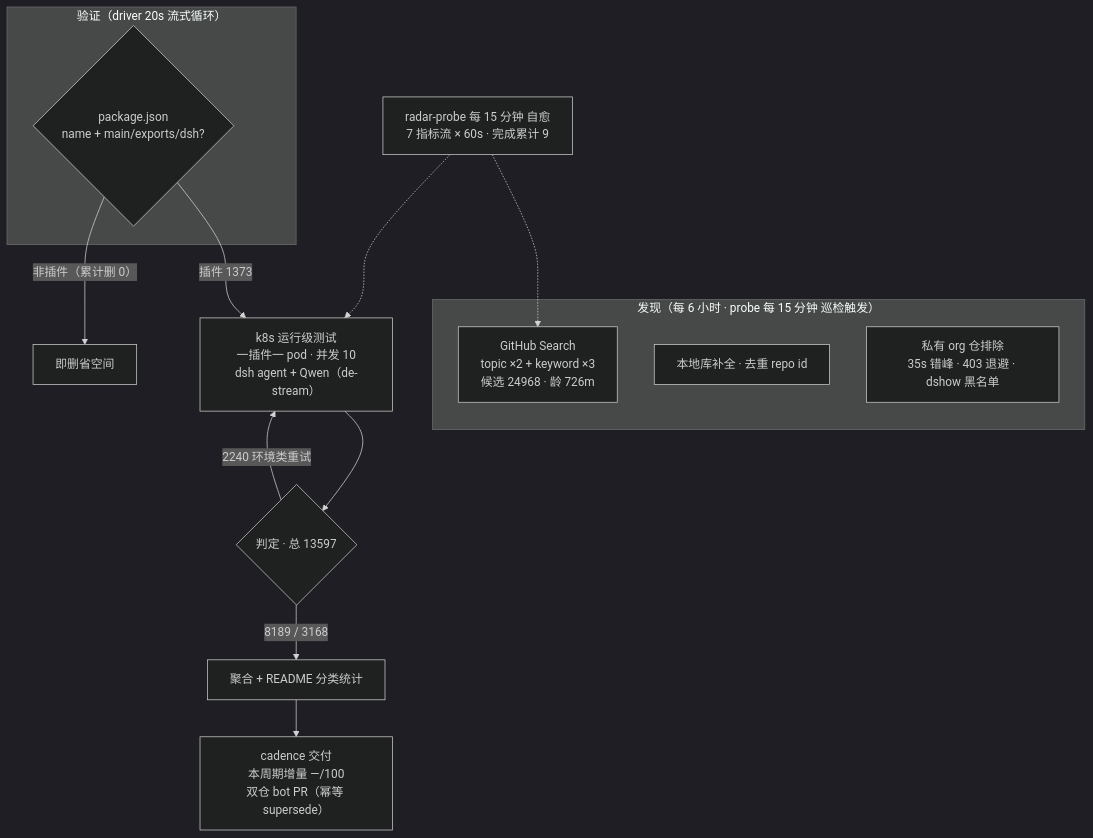
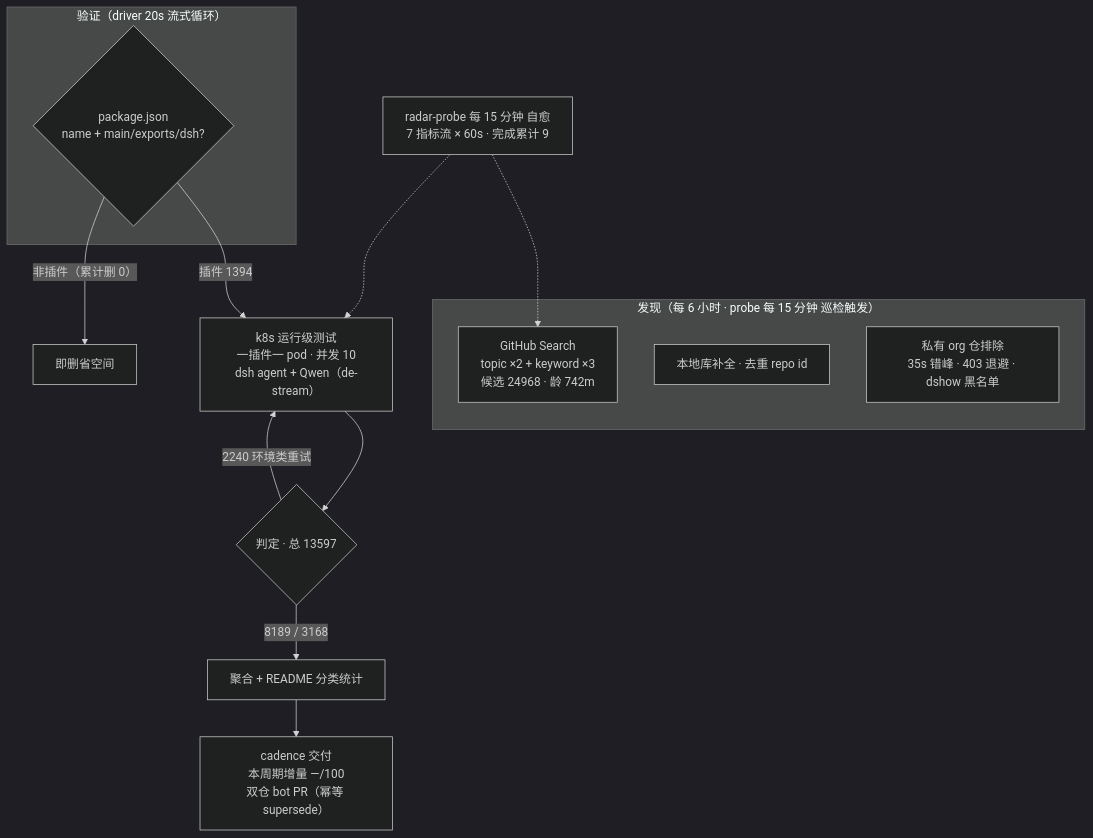
Before and after one commit to Zhidao-Lab-OSS/awesome-dsh-plugins: the diagram in README.md, drawn with Mermaid (dark theme). The commit also changed other lines of this file and 1 other file, not shown here.

````diff
--- a/README.md
+++ b/README.md
@@ -99,20 +99,20 @@
 ```mermaid
 flowchart TB
     subgraph Discovery["发现（每 6 小时 · probe 每 15 分钟 巡检触发）"]
-        A1["GitHub Search<br/>topic ×2 + keyword ×3<br/>候选 24968 · 龄 726m"]
+        A1["GitHub Search<br/>topic ×2 + keyword ×3<br/>候选 24968 · 龄 742m"]
         A2["本地库补全 · 去重 repo id"]
         A3["私有 org 仓排除<br/>35s 错峰 · 403 退避 · dshow 黑名单"]
     end
     subgraph Validation["验证（driver 20s 流式循环）"]
         B1{"package.json<br/>name + main/exports/dsh?"}
     end
-    B1 -->|"插件 1373"| C1["k8s 运行级测试<br/>一插件一 pod · 并发 10<br/>dsh agent + Qwen（de-stream）"]
+    B1 -->|"插件 1394"| C1["k8s 运行级测试<br/>一插件一 pod · 并发 10<br/>dsh agent + Qwen（de-stream）"]
     B1 -->|"非插件（累计删 0）"| B3["即删省空间"]
     C1 --> D1{"判定 · 总 13597"}
     D1 -->|"8189 / 3168"| E1["聚合 + README 分类统计"]
     D1 -->|"2240 环境类重试"| C1
     E1 --> E2["cadence 交付<br/>本周期增量 —/100<br/>双仓 bot PR（幂等 supersede）"]
     M["radar-probe 每 15 分钟 自愈<br/>7 指标流 × 60s · 完成累计 9"]
     M -.-> A1
     M -.-> C1
 ```
````
